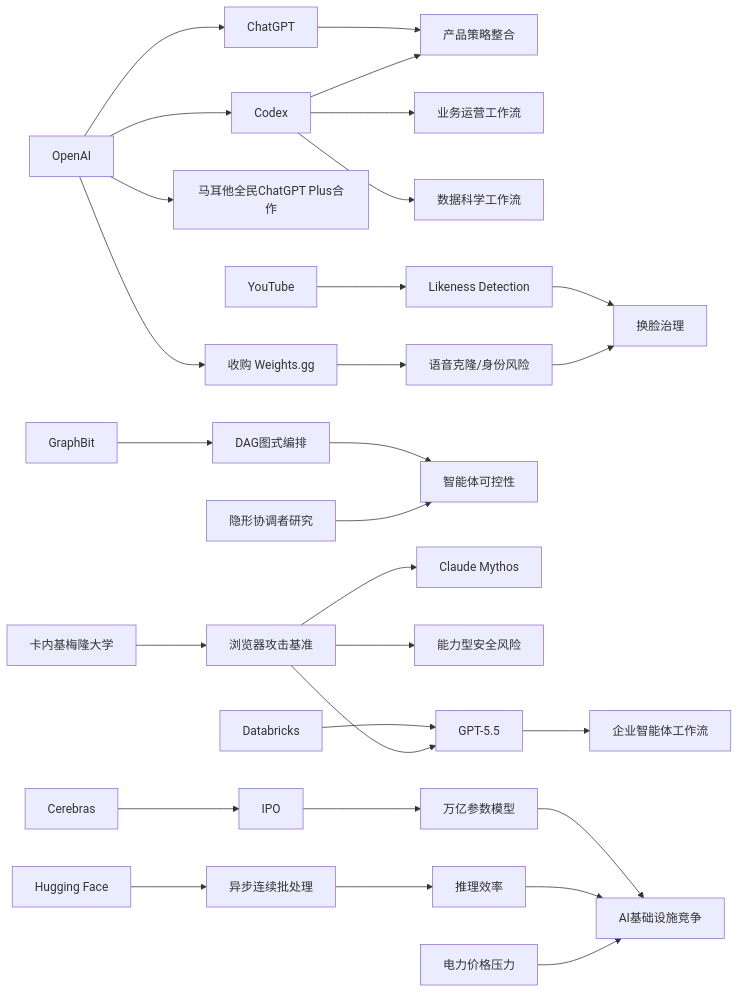
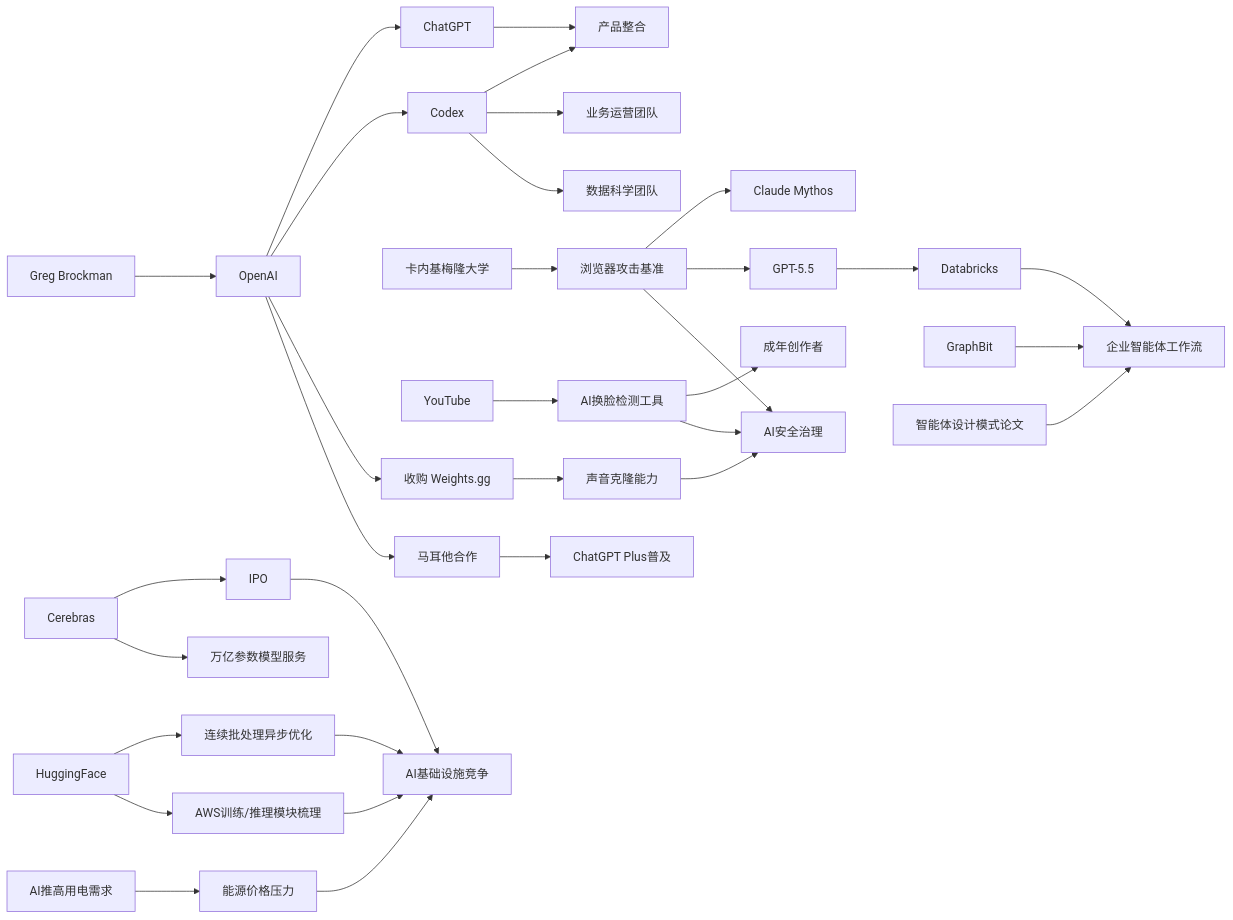
The diagram in content/cn/2026/2026-05/2026-05-16.md (zhuxinfei/ai-daily-site), drawn with Mermaid before and after one commit. The commit also changed other lines of this file, not shown here.

````diff
--- a/content/cn/2026/2026-05/2026-05-16.md
+++ b/content/cn/2026/2026-05/2026-05-16.md
@@ -122,35 +110,43 @@
 ```mermaid
 graph LR
-    OpenAI[OpenAI] --> ChatGPT[ChatGPT]
-    OpenAI --> Codex[Codex]
-    ChatGPT --> ProductMerge[产品策略整合]
-    Codex --> ProductMerge
-    Codex --> BizOps[业务运营工作流]
-    Codex --> DataScience[数据科学工作流]
-    OpenAI --> Malta[马耳他全民ChatGPT Plus合作]
-    OpenAI --> Weights[收购 Weights.gg]
-    Weights --> VoiceClone[语音克隆/身份风险]
+    OpenAI --> ChatGPT
+    OpenAI --> Codex
+    GregBrockman["Greg Brockman"] --> OpenAI
+    ChatGPT --> ProductIntegration["产品整合"]
+    Codex --> ProductIntegration
+    Codex --> BizOps["业务运营团队"]
+    Codex --> DataScience["数据科学团队"]
 
-    Databricks[Databricks] --> GPT55[GPT-5.5]
-    GPT55 --> AgentWorkflow[企业智能体工作流]
-    GraphBit[GraphBit] --> DAG[DAG图式编排]
-    DAG --> AgentControl[智能体可控性]
-    HiddenCoordinator[隐形协调者研究] --> AgentControl
+    GPT55["GPT-5.5"] --> Databricks
+    Databricks --> AgentWorkflow["企业智能体工作流"]
+    GraphBit --> AgentWorkflow
+    AgentDesignPaper["智能体设计模式论文"] --> AgentWorkflow
 
-    CMU[卡内基梅隆大学] --> ExploitBenchmark[浏览器攻击基准]
-    ExploitBenchmark --> GPT55
-    ExploitBenchmark --> Claude[Claude Mythos]
-    ExploitBenchmark --> AISecurity[能力型安全风险]
+    CMU["卡内基梅隆大学"] --> BrowserExploitBenchmark["浏览器攻击基准"]
+    BrowserExploitBenchmark --> ClaudeMythos["Claude Mythos"]
+    BrowserExploitBenchmark --> GPT55
+    BrowserExploitBenchmark --> AISafety["AI安全治理"]
 
-    YouTube[YouTube] --> Likeness[Likeness Detection]
-    Likeness --> Deepfake[换脸治理]
-    VoiceClone --> Deepfake
+    YouTube --> DeepfakeTool["AI换脸检测工具"]
+    DeepfakeTool --> Creators["成年创作者"]
+    DeepfakeTool --> AISafety
 
-    Cerebras[Cerebras] --> IPO[IPO]
-    IPO --> TrillionModel[万亿参数模型]
-    HF[Hugging Face] --> AsyncBatch[异步连续批处理]
-    AsyncBatch --> Inference[推理效率]
-    TrillionModel --> InfraRace[AI基础设施竞争]
-    Inference --> InfraRace
-    Energy[电力价格压力] --> InfraRace
+    OpenAI --> WeightsGG["收购 Weights.gg"]
+    WeightsGG --> VoiceCloning["声音克隆能力"]
+    VoiceCloning --> AISafety
+
+    Cerebras --> IPO
+    IPO --> InfraCompetition["AI基础设施竞争"]
+    Cerebras --> TrillionModel["万亿参数模型服务"]
+
+    HuggingFace --> AsyncBatching["连续批处理异步优化"]
+    HuggingFace --> AWSBlocks["AWS训练/推理模块梳理"]
+    AsyncBatching --> InfraCompetition
+    AWSBlocks --> InfraCompetition
+
+    AIEnergy["AI推高用电需求"] --> EnergyPressure["能源价格压力"]
+    EnergyPressure --> InfraCompetition
+
+    OpenAI --> Malta["马耳他合作"]
+    Malta --> ChatGPTPlus["ChatGPT Plus普及"]
 ```
````
